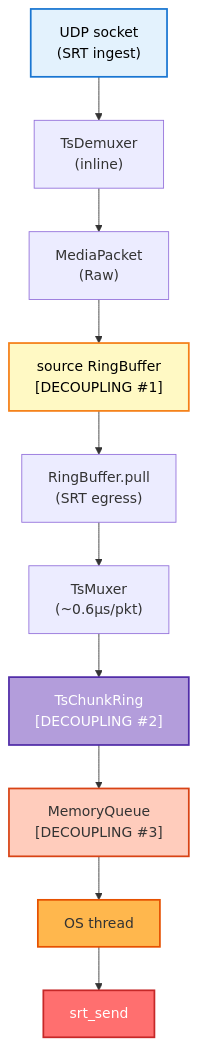
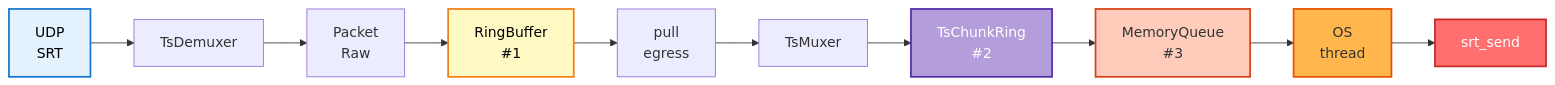
The eighth of 24 diagrams in docs/run-to-completion-analysis.md (live-miracles/restream), drawn with Mermaid before and after one commit. The commit also changed other lines of this file, not shown here.

First line of the commit message:
Restructure diagrams to use horizontal layout for vertical space efficiency

````diff
--- a/docs/run-to-completion-analysis.md
+++ b/docs/run-to-completion-analysis.md
@@ -364,22 +306,13 @@
 ```mermaid
-graph TD
-    A["UDP socket<br/>(SRT ingest)"]
-    B["TsDemuxer<br/>(inline)"]
-    C["MediaPacket<br/>(Raw)"]
-    D["source RingBuffer<br/>[DECOUPLING #1]"]
-    E["RingBuffer.pull<br/>(SRT egress)"]
-    F["TsMuxer<br/>(~0.6µs/pkt)"]
-    G["TsChunkRing<br/>[DECOUPLING #2]"]
-    H["MemoryQueue<br/>[DECOUPLING #3]"]
-    I["OS thread"]
-    J["srt_send"]
-    
-    A --> B --> C --> D --> E --> F --> G --> H --> I --> J
+graph LR
+    A["UDP<br/>SRT"] --> B["TsDemuxer"] --> C["Packet<br/>Raw"] --> D["RingBuffer<br/>#1"]
+    D --> E["pull<br/>egress"] --> F["TsMuxer"] --> G["TsChunkRing<br/>#2"]
+    G --> H["MemoryQueue<br/>#3"] --> I["OS<br/>thread"] --> J["srt_send"]
     
     style A fill:#e3f2fd,stroke:#1976d2,stroke-width:2px,color:#000
     style D fill:#fff9c4,stroke:#f57f17,stroke-width:2px,color:#000
     style G fill:#b39ddb,stroke:#512da8,stroke-width:2px,color:#fff
     style H fill:#ffccbc,stroke:#d84315,stroke-width:2px,color:#333
     style I fill:#ffb74d,stroke:#e65100,stroke-width:2px,color:#333
     style J fill:#ff6f6f,stroke:#c62828,stroke-width:2px,color:#fff
 ```
````
